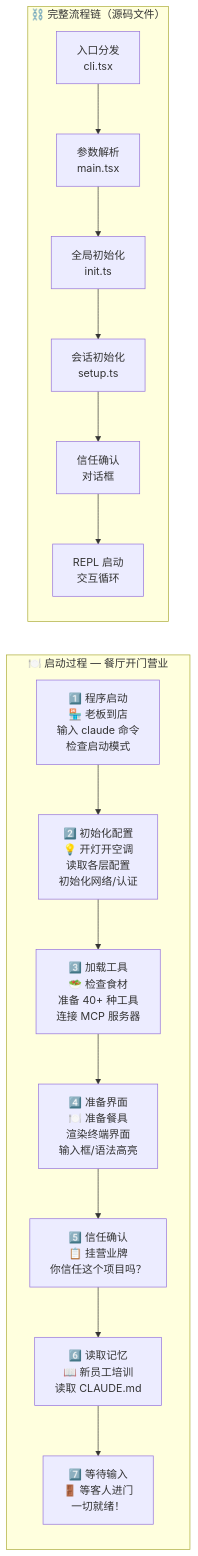
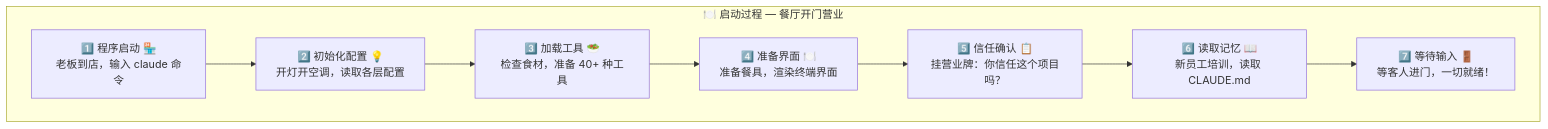
One commit to WSbaikaishui/claude-code-source-code changed diagram 11 of 16 in docs/architecture/00-visual-guide.md. Above: the diagram before and after it, drawn with Mermaid. The commit also changed other lines of this file and 73 other files, not shown here.

First line of the commit message:
Fix all Mermaid diagrams: restore semantics + fix dimensions

````diff
--- a/docs/architecture/00-visual-guide.md
+++ b/docs/architecture/00-visual-guide.md
@@ -305,25 +325,14 @@
 ```mermaid
-graph LR
+graph TD
     subgraph boot["🍽️ 启动过程 — 餐厅开门营业"]
-        S1["1️⃣ 程序启动<br>🏪 老板到店<br>输入 claude 命令<br>检查启动模式"]
-        S2["2️⃣ 初始化配置<br>💡 开灯开空调<br>读取各层配置<br>初始化网络/认证"]
-        S3["3️⃣ 加载工具<br>🥗 检查食材<br>准备 40+ 种工具<br>连接 MCP 服务器"]
-        S4["4️⃣ 准备界面<br>🍽️ 准备餐具<br>渲染终端界面<br>输入框/语法高亮"]
-        S5["5️⃣ 信任确认<br>📋 挂营业牌<br>你信任这个项目吗？"]
-        S6["6️⃣ 读取记忆<br>📖 新员工培训<br>读取 CLAUDE.md"]
-        S7["7️⃣ 等待输入<br>🚪 等客人进门<br>一切就绪！"]
-
-        S1 --> S2 --> S3 --> S4 --> S5 --> S6 --> S7
-    end
-
-    subgraph chain["⛓️ 完整流程链（源码文件）"]
-        C1["入口分发<br>cli.tsx"]
-        C2["参数解析<br>main.tsx"]
-        C3["全局初始化<br>init.ts"]
-        C4["会话初始化<br>setup.ts"]
-        C5["信任确认<br>对话框"]
-        C6["REPL 启动<br>交互循环"]
-
-        C1 --> C2 --> C3 --> C4 --> C5 --> C6
+        S1["1️⃣ 程序启动 🏪<br>老板到店，输入 claude 命令"]
+        S2["2️⃣ 初始化配置 💡<br>开灯开空调，读取各层配置"]
+        S3["3️⃣ 加载工具 🥗<br>检查食材，准备 40+ 种工具"]
+        S4["4️⃣ 准备界面 🍽️<br>准备餐具，渲染终端界面"]
+        S1 --> S2 --> S3 --> S4
+        S5["5️⃣ 信任确认 📋<br>挂营业牌：你信任这个项目吗？"]
+        S6["6️⃣ 读取记忆 📖<br>新员工培训，读取 CLAUDE.md"]
+        S7["7️⃣ 等待输入 🚪<br>等客人进门，一切就绪！"]
+        S4 --> S5 --> S6 --> S7
     end
 ```
````
